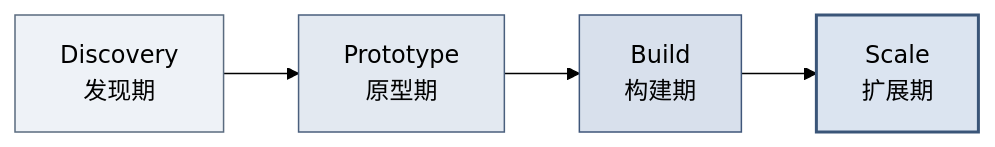
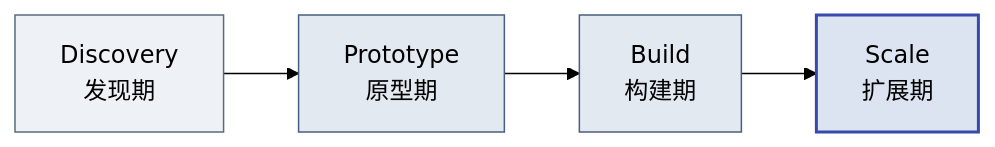
Before and after one commit to cloudzun/fde-course: the second of 2 diagrams in textbook/第01章_FDE是什么.md, drawn with Mermaid (forest theme). The commit also changed other lines of this file and 12 other files, not shown here.

Commit message:
style: 全库21张mermaid图规范化——节点ID语义化+品牌色统一+补齐图注，第11章新增反馈环路图

````diff
--- a/textbook/第01章_FDE是什么.md
+++ b/textbook/第01章_FDE是什么.md
@@ -120,9 +121,9 @@
 ```mermaid
 graph LR
-    A["Discovery<br/>发现期"] --> B["Prototype<br/>原型期"] --> C["Build<br/>构建期"] --> D["Scale<br/>扩展期"]
+    discovery["Discovery<br/>发现期"] --> prototype["Prototype<br/>原型期"] --> build["Build<br/>构建期"] --> scale["Scale<br/>扩展期"]
 
-    style A fill:#eef2f7,stroke:#5a6b7f
-    style B fill:#e3e9f1,stroke:#4a5f7d
-    style C fill:#d8e0ec,stroke:#3f567a
-    style D fill:#dbe4f0,stroke:#3a5578,stroke-width:2px
+    style discovery fill:#eef2f7,stroke:#5a6b7f
+    style prototype fill:#e3e9f1,stroke:#4a5f7d
+    style build fill:#e3e9f1,stroke:#4a5f7d
+    style scale fill:#dbe4f0,stroke:#3949ab,stroke-width:2px
 ```
````
